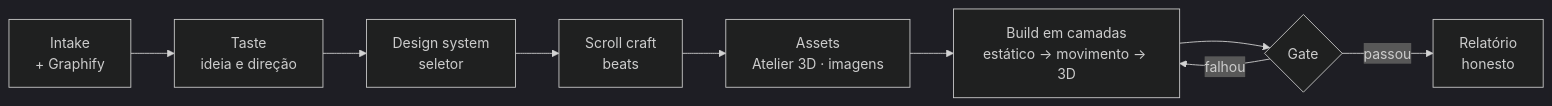
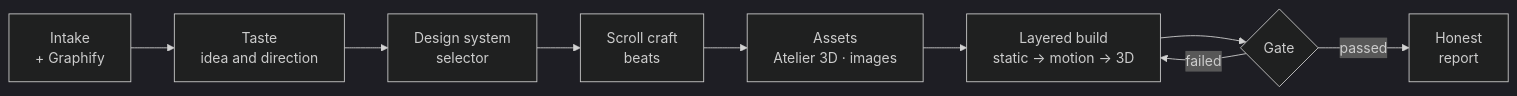
Before and after one commit to joca-web/awwards-skill: the diagram in README.md, drawn with Mermaid (dark theme). The commit also changed other lines of this file and 6 other files, not shown here.

````diff
--- a/README.md
+++ b/README.md
@@ -35,11 +39,11 @@
 ```mermaid
 flowchart LR
-  A["Intake<br/>+ Graphify"] --> B["Taste<br/>ideia e direção"]
-  B --> C["Design system<br/>seletor"]
+  A["Intake<br/>+ Graphify"] --> B["Taste<br/>idea and direction"]
+  B --> C["Design system<br/>selector"]
   C --> D["Scroll craft<br/>beats"]
-  D --> E["Assets<br/>Atelier 3D · imagens"]
-  E --> F["Build em camadas<br/>estático → movimento → 3D"]
+  D --> E["Assets<br/>Atelier 3D · images"]
+  E --> F["Layered build<br/>static → motion → 3D"]
   F --> G{"Gate"}
-  G -- "falhou" --> F
-  G -- "passou" --> H["Relatório<br/>honesto"]
+  G -- "failed" --> F
+  G -- "passed" --> H["Honest<br/>report"]
 ```
````
